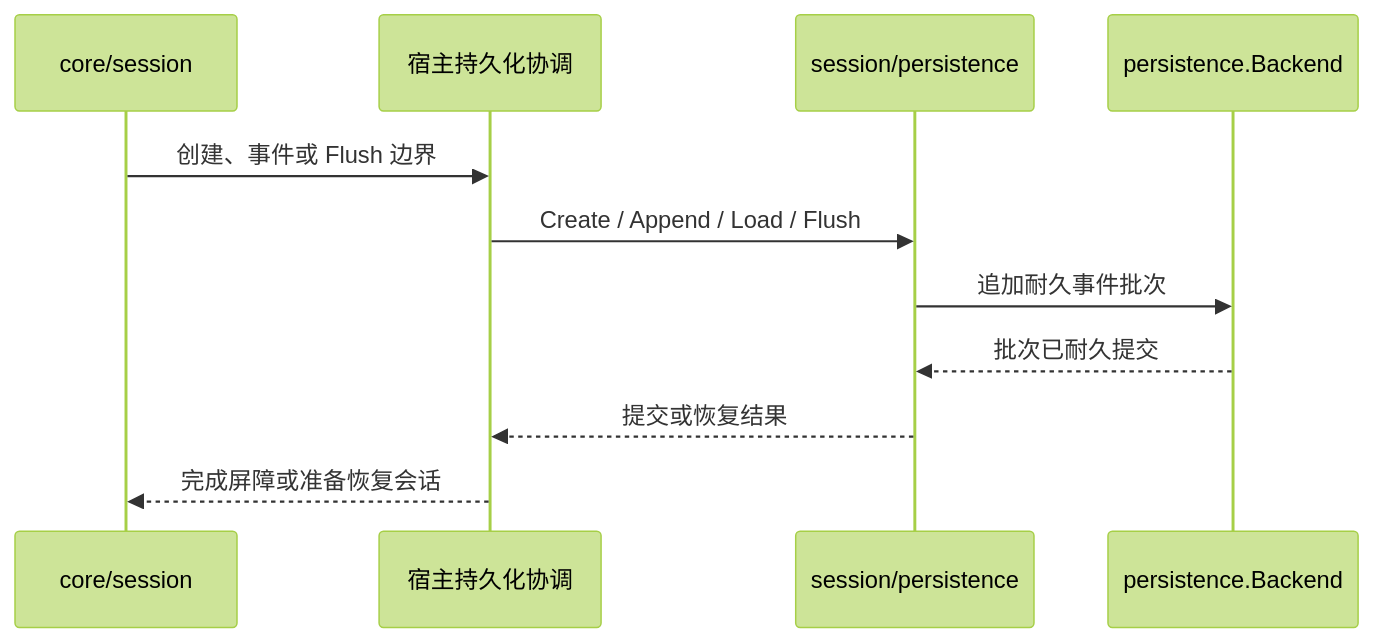
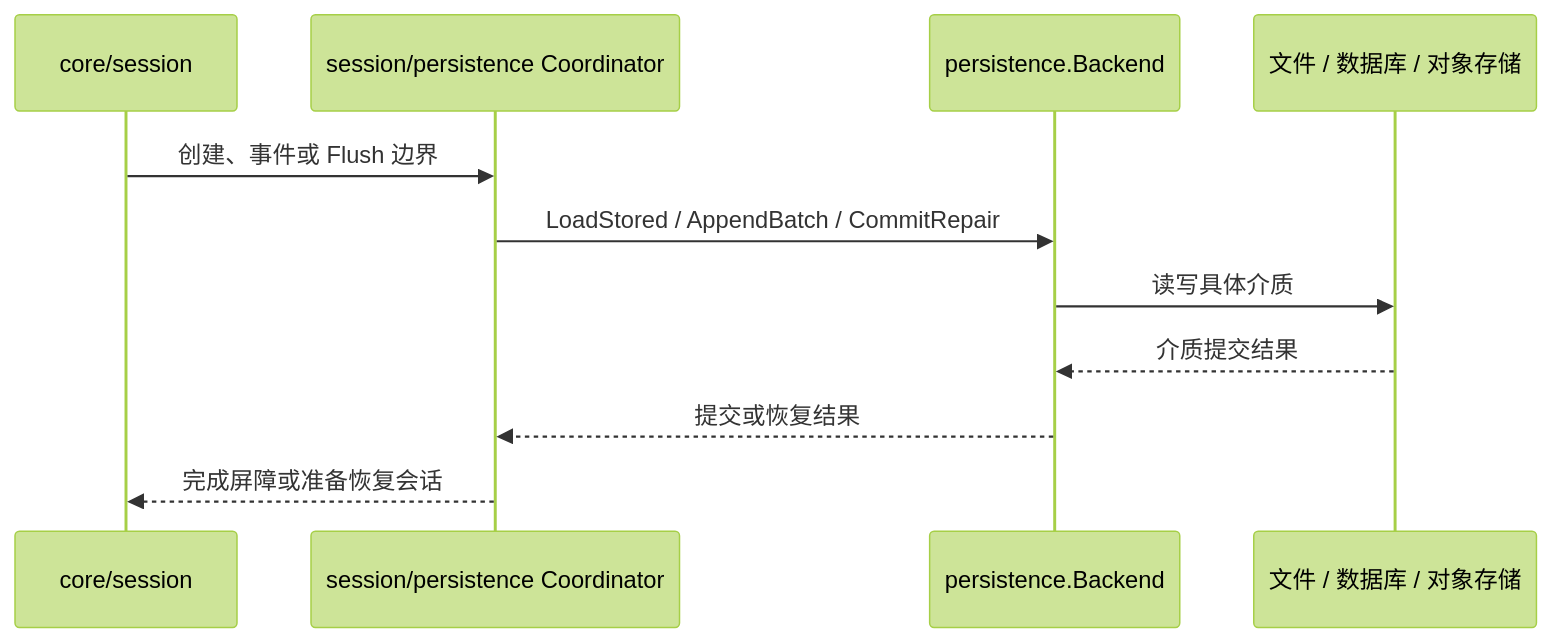
One commit to snight1983/ds-harness-go changed the second of 2 diagrams in docs/modules/storage.md. Above: the diagram before and after it, drawn with Mermaid (forest theme). The commit also changed other lines of this file and 42 other files, not shown here.

````diff
--- a/docs/modules/storage.md
+++ b/docs/modules/storage.md
@@ -45,14 +45,14 @@
 ```mermaid
 sequenceDiagram
     participant S as core/session
-    participant H as 宿主持久化协调
-    participant P as session/persistence
-    participant B as persistence.Backend
+    participant H as session/persistence Coordinator
+    participant P as persistence.Backend
+    participant B as 文件 / 数据库 / 对象存储
 
     S->>H: 创建、事件或 Flush 边界
-    H->>P: Create / Append / Load / Flush
-    P->>B: 追加耐久事件批次
-    B-->>P: 批次已耐久提交
+    H->>P: LoadStored / AppendBatch / CommitRepair
+    P->>B: 读写具体介质
+    B-->>P: 介质提交结果
     P-->>H: 提交或恢复结果
     H-->>S: 完成屏障或准备恢复会话
 ```
````
